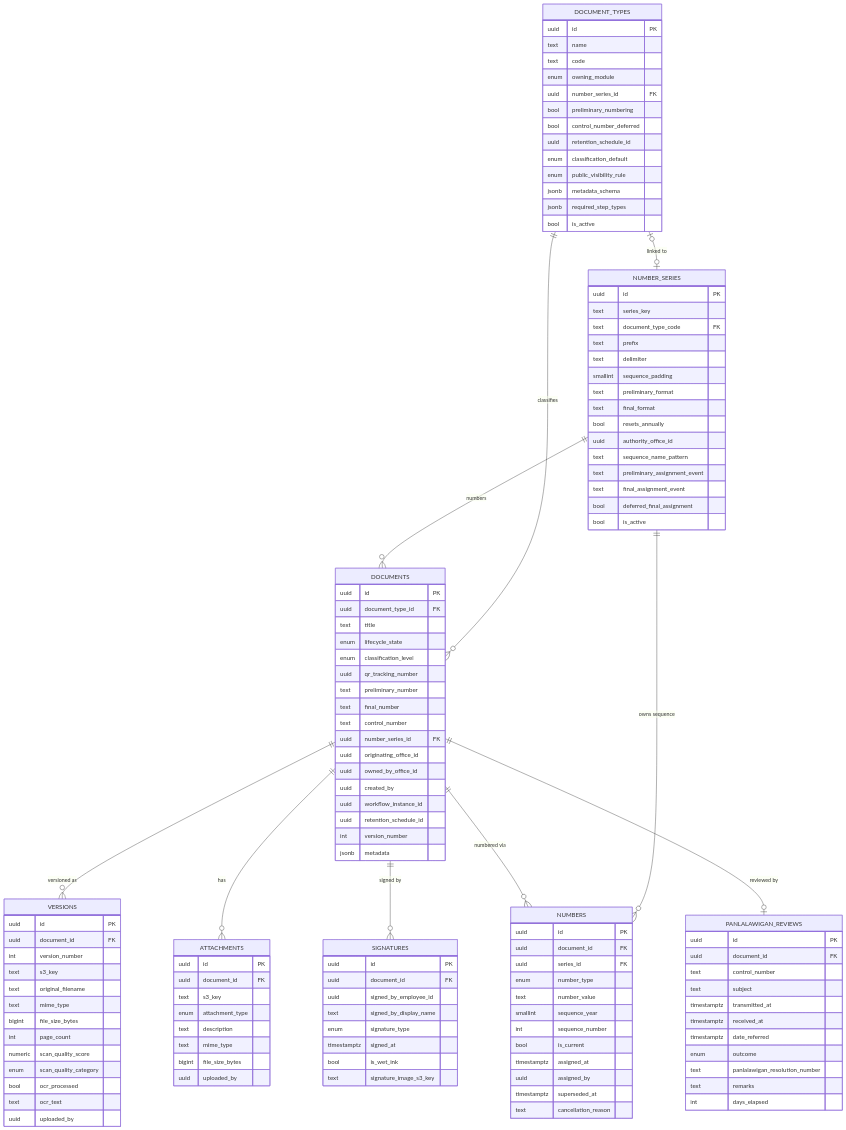
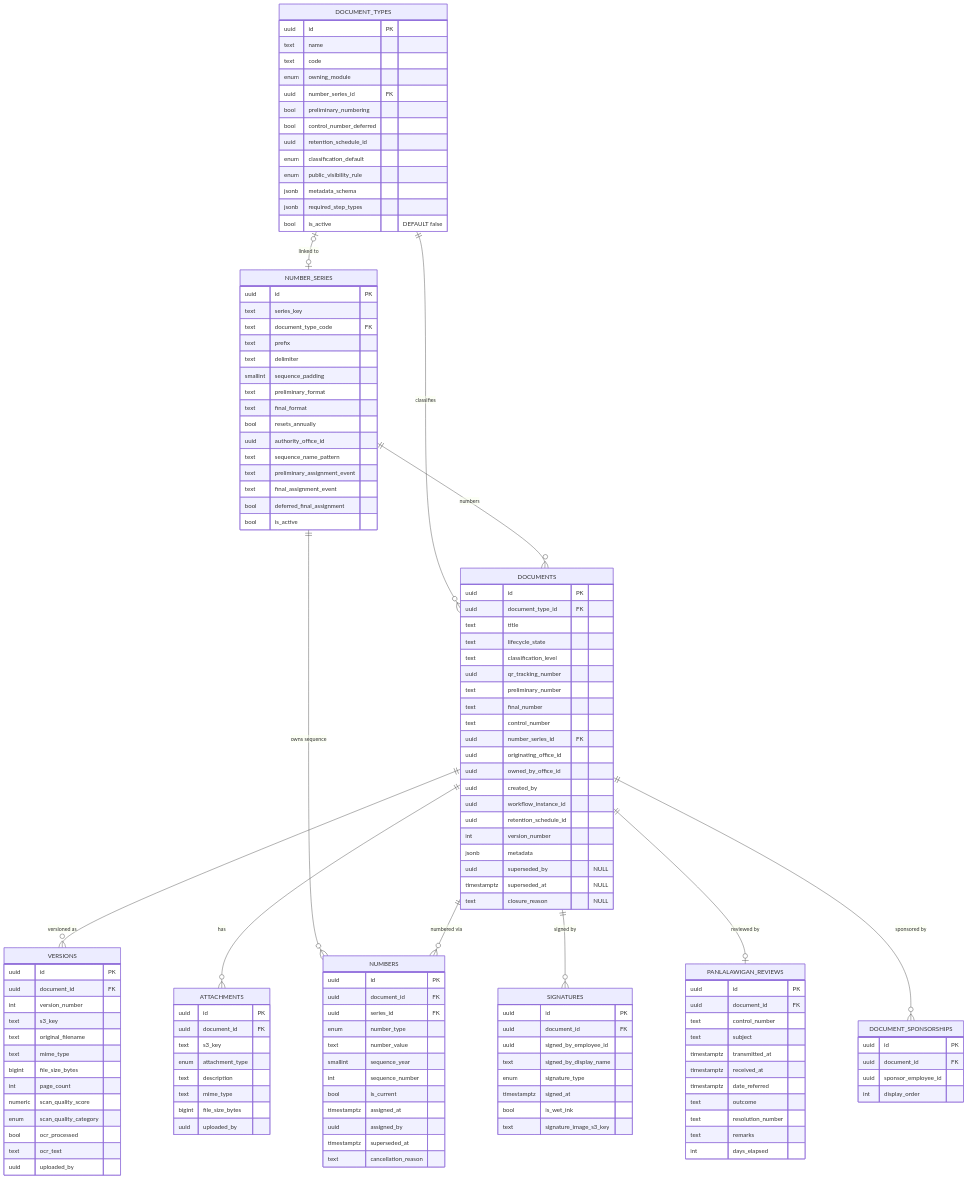
The third of 8 diagrams in docs/pre-development/C-database/c2-entity-relationship-diagrams-per-schema.md (lukexodus/batac-dms), drawn with Mermaid before and after one commit. The commit also changed other lines of this file and 116 other files, not shown here.

````diff
--- a/docs/pre-development/C-database/c2-entity-relationship-diagrams-per-schema.md
+++ b/docs/pre-development/C-database/c2-entity-relationship-diagrams-per-schema.md
@@ -397,7 +382,7 @@
         enum public_visibility_rule
         jsonb metadata_schema
         jsonb required_step_types
-        bool is_active
+        bool is_active "DEFAULT false"
     }
 
     NUMBER_SERIES {
@@ -422,8 +407,8 @@
         uuid id PK
         uuid document_type_id FK
         text title
-        enum lifecycle_state
-        enum classification_level
+        text lifecycle_state
+        text classification_level
         uuid qr_tracking_number
         text preliminary_number
         text final_number
@@ -436,6 +421,9 @@
         uuid retention_schedule_id
         int version_number
         jsonb metadata
+        uuid superseded_by "NULL"
+        timestamptz superseded_at "NULL"
+        text closure_reason "NULL"
     }
 
     VERSIONS {
@@ -499,10 +487,17 @@
         timestamptz transmitted_at
         timestamptz received_at
         timestamptz date_referred
-        enum outcome
-        text panlalawigan_resolution_number
+        text outcome
+        text resolution_number
         text remarks
         int days_elapsed
+    }
+
+    DOCUMENT_SPONSORSHIPS {
+        uuid id PK
+        uuid document_id FK
+        uuid sponsor_employee_id
+        int display_order
     }
 
     DOCUMENT_TYPES o|--o| NUMBER_SERIES : "linked to"
@@ -514,4 +509,5 @@
     DOCUMENTS ||--o{ NUMBERS : "numbered via"
     DOCUMENTS ||--o{ SIGNATURES : "signed by"
     DOCUMENTS ||--o| PANLALAWIGAN_REVIEWS : "reviewed by"
+    DOCUMENTS ||--o{ DOCUMENT_SPONSORSHIPS : "sponsored by"
 ```
````
